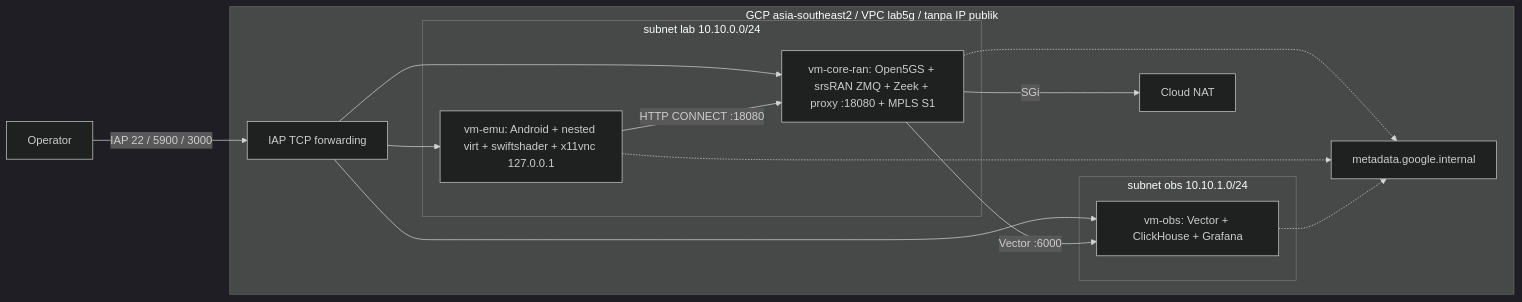
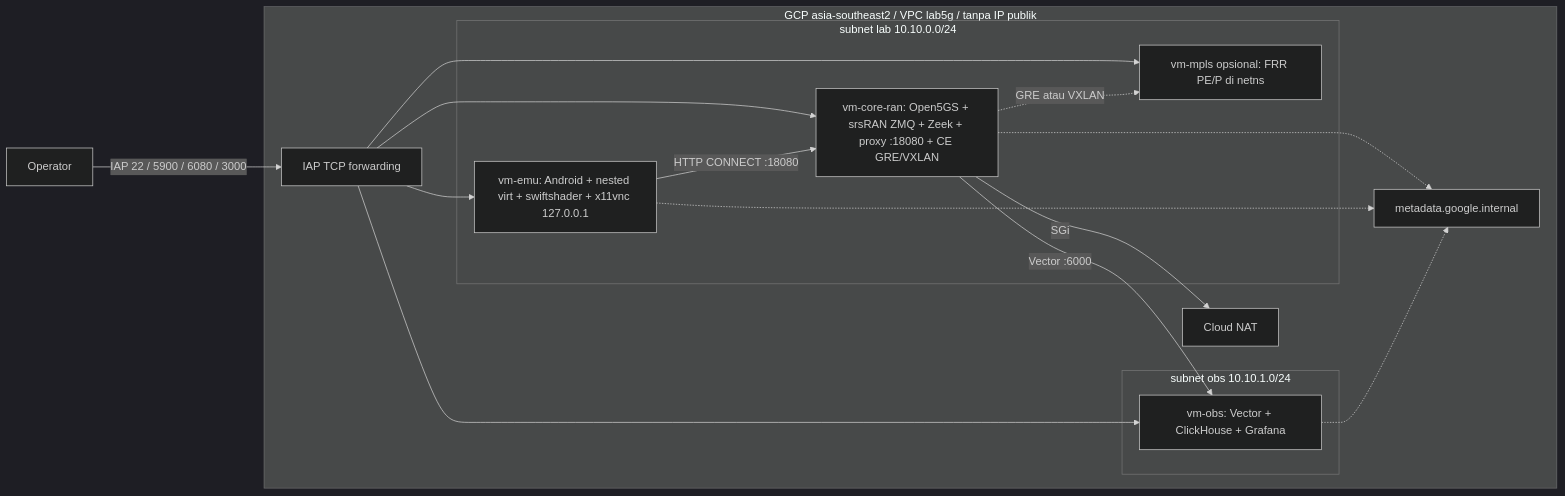
One commit to dayat81/Lintas5G changed the first of 2 diagrams in docs/gcp-lab.md. Above: the diagram before and after it, drawn with Mermaid (dark theme). The commit also changed other lines of this file and 15 other files, not shown here.

````diff
--- a/docs/gcp-lab.md
+++ b/docs/gcp-lab.md
@@ -7,23 +7,25 @@
 ```mermaid
 flowchart LR
   subgraph GCP[GCP asia-southeast2 / VPC lab5g / tanpa IP publik]
     subgraph SUBLAB[subnet lab 10.10.0.0/24]
-      CORE[vm-core-ran: Open5GS + srsRAN ZMQ + Zeek + proxy :18080 + MPLS S1]
+      CORE[vm-core-ran: Open5GS + srsRAN ZMQ + Zeek + proxy :18080 + CE GRE/VXLAN]
+      MPLS[vm-mpls opsional: FRR PE/P di netns]
       EMU[vm-emu: Android + nested virt + swiftshader + x11vnc 127.0.0.1]
     end
     subgraph SUBOBS[subnet obs 10.10.1.0/24]
       OBS[vm-obs: Vector + ClickHouse + Grafana]
     end
     NAT[Cloud NAT]
     IAP[IAP TCP forwarding]
     NTP[metadata.google.internal]
   end
-  OP[Operator] -->|IAP 22 / 5900 / 3000| IAP
-  IAP --> CORE & EMU & OBS
+  OP[Operator] -->|IAP 22 / 5900 / 6080 / 3000| IAP
+  IAP --> CORE & EMU & OBS & MPLS
+  CORE -.->|GRE atau VXLAN| MPLS
   EMU -->|HTTP CONNECT :18080| CORE
   CORE -->|SGi| NAT
   CORE -->|Vector :6000| OBS
   CORE -.-> NTP
   EMU -.-> NTP
   OBS -.-> NTP
 ```
````
